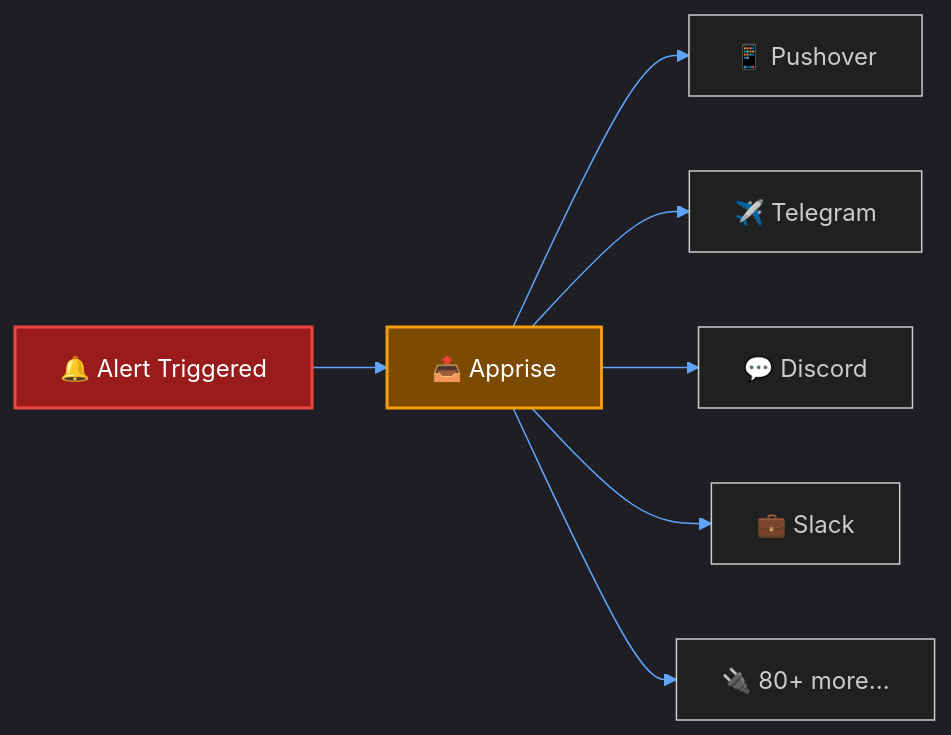
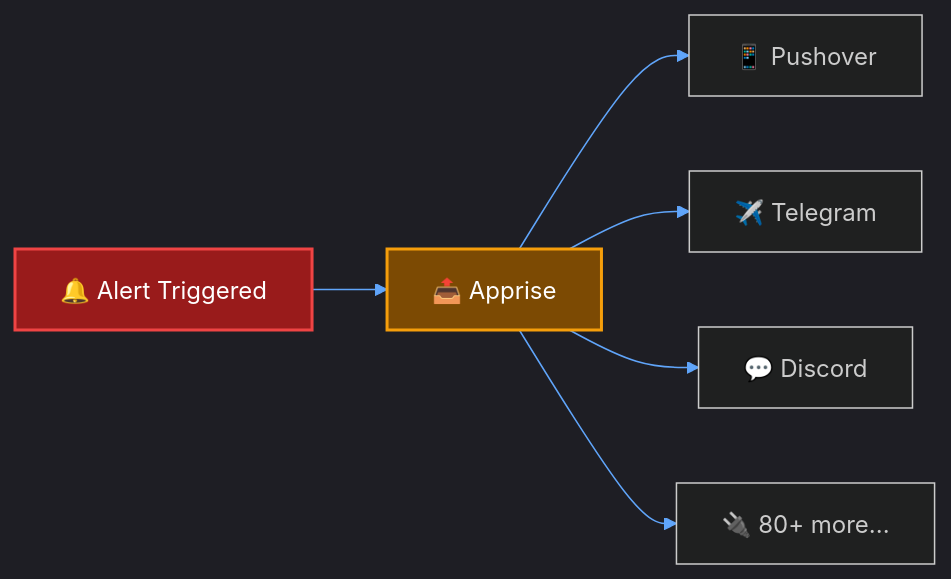
Before and after one commit to CHA0S-CORP/SkySpyDocs: the third of 3 diagrams in docs/Getting Started/safety-and-alerts.md, drawn with Mermaid. The commit also changed other lines of this file and 24 other files, not shown here.

````diff
--- a/docs/Getting Started/safety-and-alerts.md
+++ b/docs/Getting Started/safety-and-alerts.md
@@ -419,14 +138,13 @@
 ```mermaid
 %%{init: {'theme': 'dark', 'themeVariables': { 'primaryColor': '#1e3a5f', 'primaryTextColor': '#fff', 'primaryBorderColor': '#3b82f6', 'lineColor': '#60a5fa'}}}%%
 flowchart LR
     ALERT["🔔 Alert Triggered"] --> APPRISE["📤 Apprise"]
 
     APPRISE --> PO["📱 Pushover"]
     APPRISE --> TG["✈️ Telegram"]
     APPRISE --> DC["💬 Discord"]
-    APPRISE --> SL["💼 Slack"]
     APPRISE --> MORE["🔌 80+ more..."]
 
     style ALERT fill:#991b1b,stroke:#ef4444,stroke-width:2px,color:#fff
     style APPRISE fill:#7c4a03,stroke:#f59e0b,stroke-width:2px,color:#fff
 ```
````
